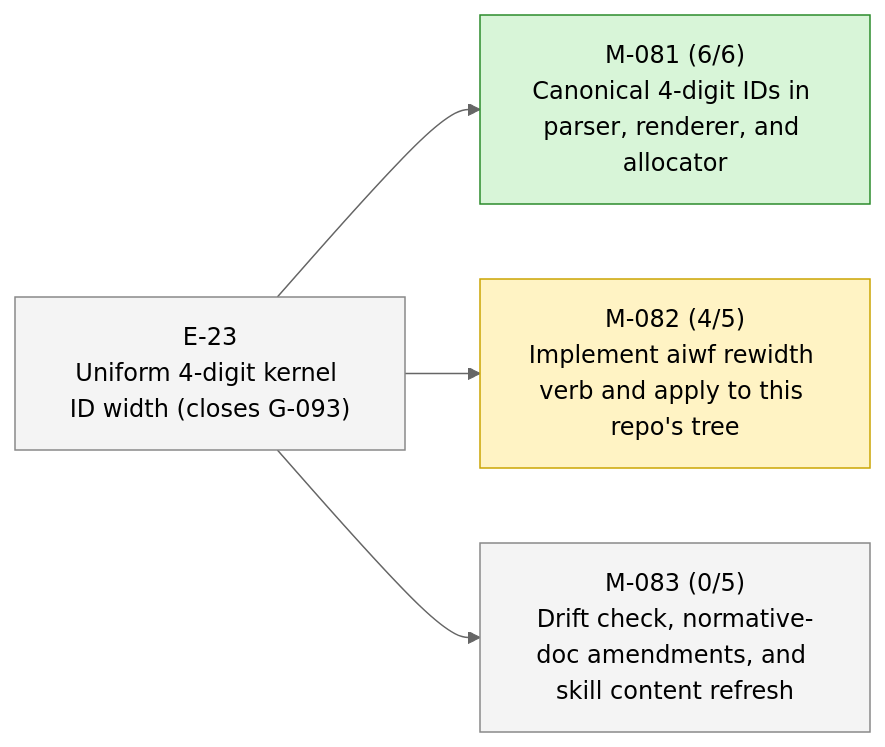
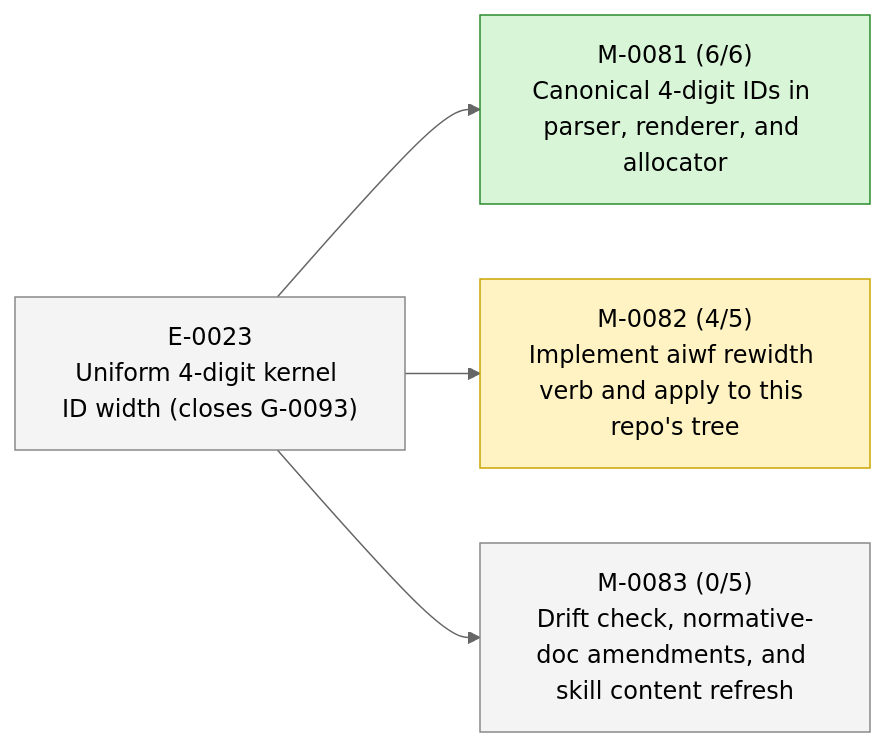
Before and after one commit to 23min/aiwf: the second of 2 diagrams in STATUS.md, drawn with Mermaid (neutral theme). The commit also changed other lines of this file and 417 other files, not shown here.

First line of the commit message:
aiwf rewidth: 200 rename(s), 212 body rewrite(s)

````diff
--- a/STATUS.md
+++ b/STATUS.md
@@ -47,16 +47,16 @@
 ```mermaid
 flowchart LR
-  E_23["E-23<br/>Uniform 4-digit kernel ID width (closes G-093)"]:::epic_proposed
-  M_081["M-081 (6/6)<br/>Canonical 4-digit IDs in parser, renderer, and allocator"]:::ms_done
-  E_23 --> M_081
-  M_082["M-082 (4/5)<br/>Implement aiwf rewidth verb and apply to this repo's tree"]:::ms_in_progress
-  E_23 --> M_082
-  M_083["M-083 (0/5)<br/>Drift check, normative-doc amendments, and skill content refresh"]:::ms_draft
-  E_23 --> M_083
+  E_0023["E-0023<br/>Uniform 4-digit kernel ID width (closes G-0093)"]:::epic_proposed
+  M_0081["M-0081 (6/6)<br/>Canonical 4-digit IDs in parser, renderer, and allocator"]:::ms_done
+  E_0023 --> M_0081
+  M_0082["M-0082 (4/5)<br/>Implement aiwf rewidth verb and apply to this repo's tree"]:::ms_in_progress
+  E_0023 --> M_0082
+  M_0083["M-0083 (0/5)<br/>Drift check, normative-doc amendments, and skill content refresh"]:::ms_draft
+  E_0023 --> M_0083
   classDef epic_active fill:#d6eaff,stroke:#1a73e8,color:#000
   classDef epic_proposed fill:#f4f4f4,stroke:#888,color:#000
   classDef ms_done fill:#d8f5d8,stroke:#2a8a2a,color:#000
   classDef ms_in_progress fill:#fff3c4,stroke:#caa400,color:#000
   classDef ms_draft fill:#f4f4f4,stroke:#888,color:#000
   classDef ms_cancelled fill:#fbeaea,stroke:#c33,color:#000
 ```
````
